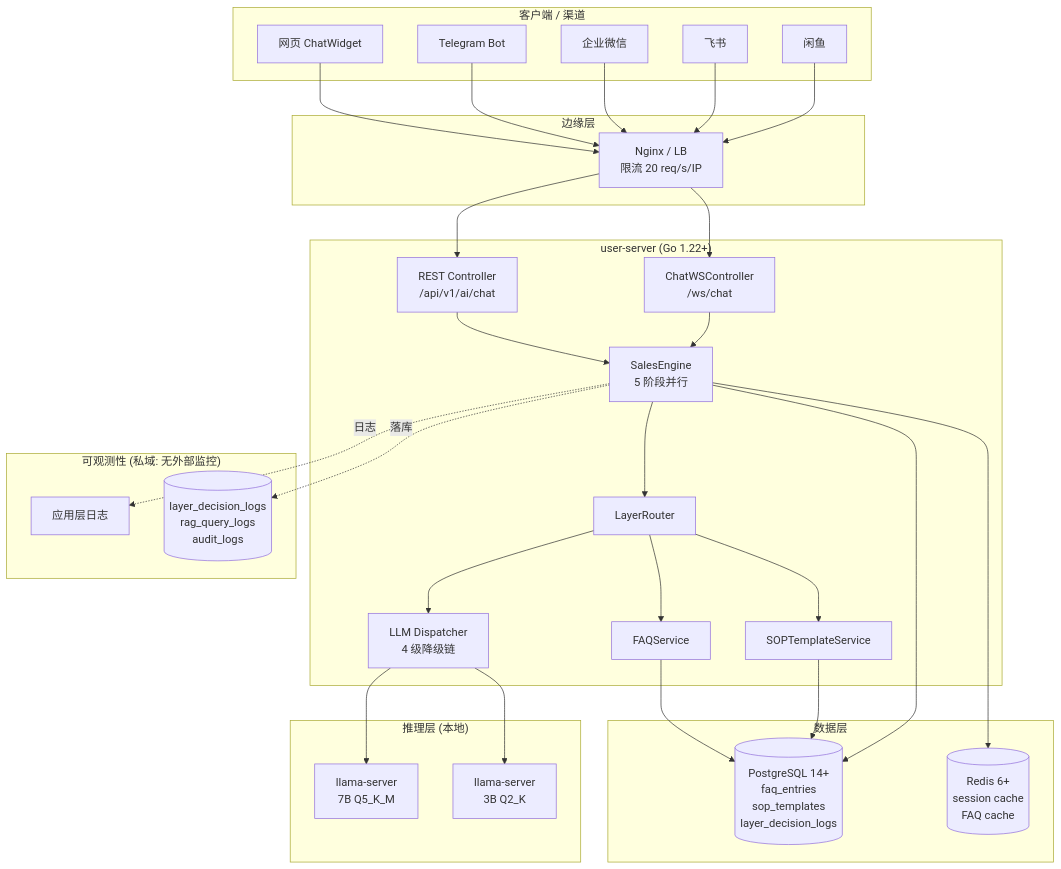
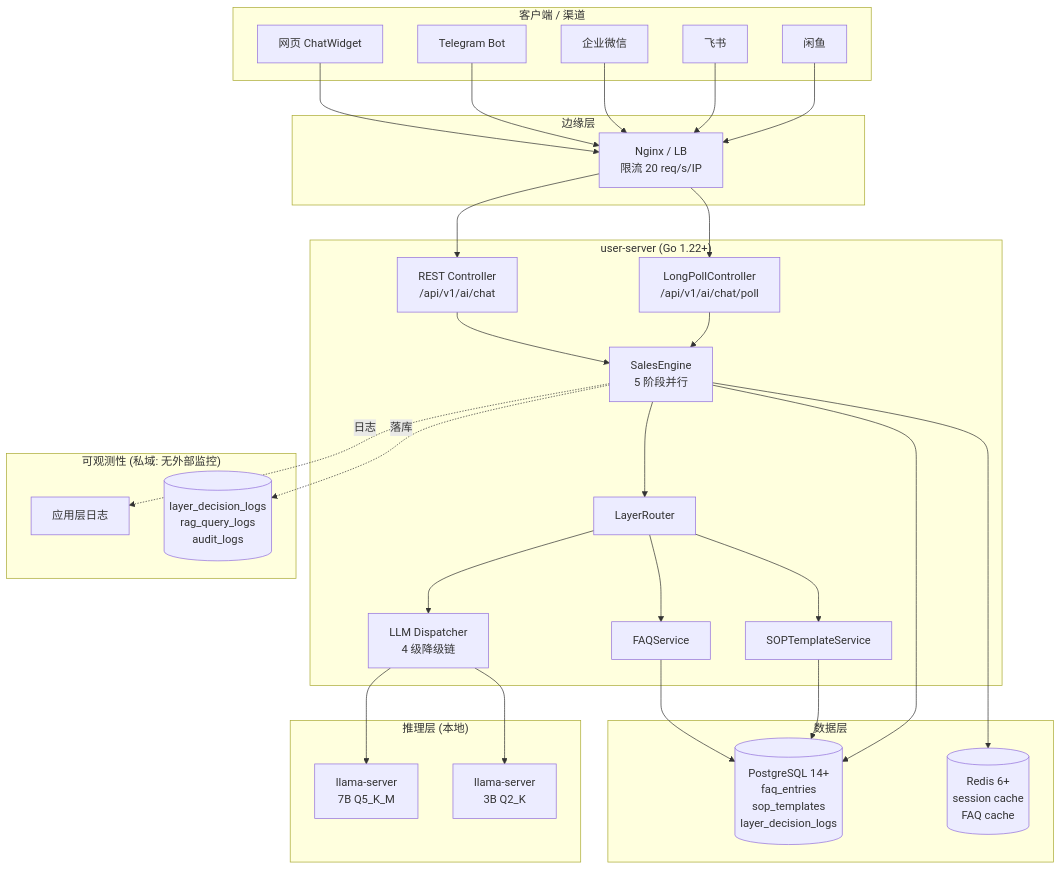
Before and after one commit to hivemtkbot/hivemtk: the diagram in docs/operations/AI_AGENT_PERF_DEPLOY.md, drawn with Mermaid. The commit also changed other lines of this file and 455 other files, not shown here.

````diff
--- a/docs/operations/AI_AGENT_PERF_DEPLOY.md
+++ b/docs/operations/AI_AGENT_PERF_DEPLOY.md
@@ -15,57 +15,57 @@
 ```mermaid
 graph TB
     subgraph Client["客户端 / 渠道"]
         W[网页 ChatWidget]
         TG[Telegram Bot]
         WC[企业微信]
         FS[飞书]
         XY[闲鱼]
     end
 
     subgraph Edge["边缘层"]
         NGX[Nginx / LB<br/>限流 20 req/s/IP]
     end
 
     subgraph App["user-server (Go 1.22+)"]
         REST[REST Controller<br/>/api/v1/ai/chat]
-        WS[ChatWSController<br/>/ws/chat]
+        POLL[LongPollController<br/>/api/v1/ai/chat/poll]
         SE[SalesEngine<br/>5 阶段并行]
         LR[LayerRouter]
         FAQ[FAQService]
         SOP[SOPTemplateService]
         DISP[LLM Dispatcher<br/>4 级降级链]
     end
 
     subgraph Inference["推理层 (本地)"]
         L7B[llama-server<br/>7B Q5_K_M]
         L3B[llama-server<br/>3B Q2_K]
     end
 
     subgraph Data["数据层"]
         PG[(PostgreSQL 14+<br/>faq_entries<br/>sop_templates<br/>layer_decision_logs)]
         REDIS[(Redis 6+<br/>session cache<br/>FAQ cache)]
     end
 
     subgraph Obs["可观测性 (私域: 无外部监控)"]
         LOG[应用层日志]
         AUDIT[(layer_decision_logs<br/>rag_query_logs<br/>audit_logs)]
     end
 
     W & TG & WC & FS & XY --> NGX
     NGX --> REST
-    NGX --> WS
+    NGX --> POLL
     REST --> SE
-    WS --> SE
+    POLL --> SE
     SE --> LR
     LR --> FAQ
     LR --> SOP
     LR --> DISP
     FAQ --> PG
     SOP --> PG
     SE --> PG
     SE --> REDIS
     DISP --> L7B
     DISP --> L3B
     SE -.日志.-> LOG
     SE -.落库.-> AUDIT
 ```
````
